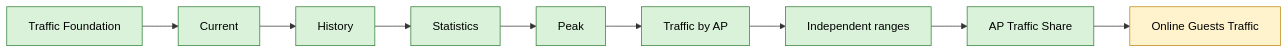
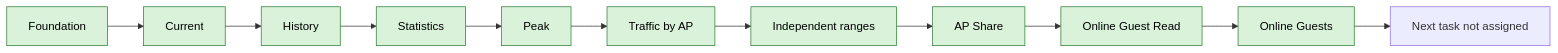
One commit to ZaurNavi/CaptivePortal changed diagram 16 of 18 in README.md. Above: the diagram before and after it, drawn with Mermaid. The commit also changed other lines of this file and 11 other files, not shown here.

````diff
--- a/README.md
+++ b/README.md
@@ -763,6 +776,6 @@
 ```mermaid
 flowchart LR
-    T0[Traffic Foundation]:::done --> T1[Current]:::done --> T2[History]:::done --> T3[Statistics]:::done --> T4[Peak]:::done --> T5[Traffic by AP]:::done --> R[Independent ranges]:::done --> T6[AP Traffic Share]:::done --> T7[Online Guests Traffic]:::next
+    T0[Foundation]:::done --> T1[Current]:::done --> T2[History]:::done --> T3[Statistics]:::done --> T4[Peak]:::done --> T5[Traffic by AP]:::done --> R[Independent ranges]:::done --> T6[AP Share]:::done --> T7R[Online Guest Read]:::done --> T7[Online Guests]:::done
+    T7 --> N[Next task not assigned]
     classDef done fill:#d9f2d9,stroke:#2e7d32,color:#000;
-    classDef next fill:#fff3cd,stroke:#b8860b,color:#000;
 ```
````
